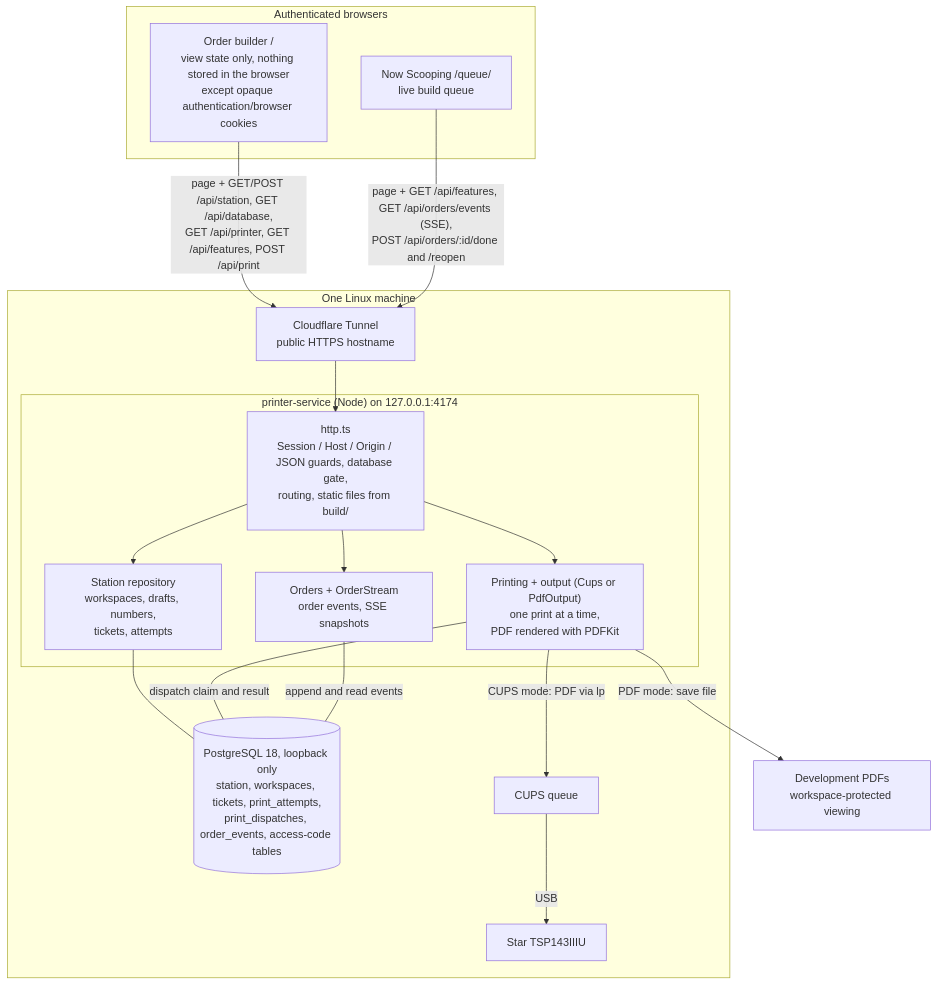
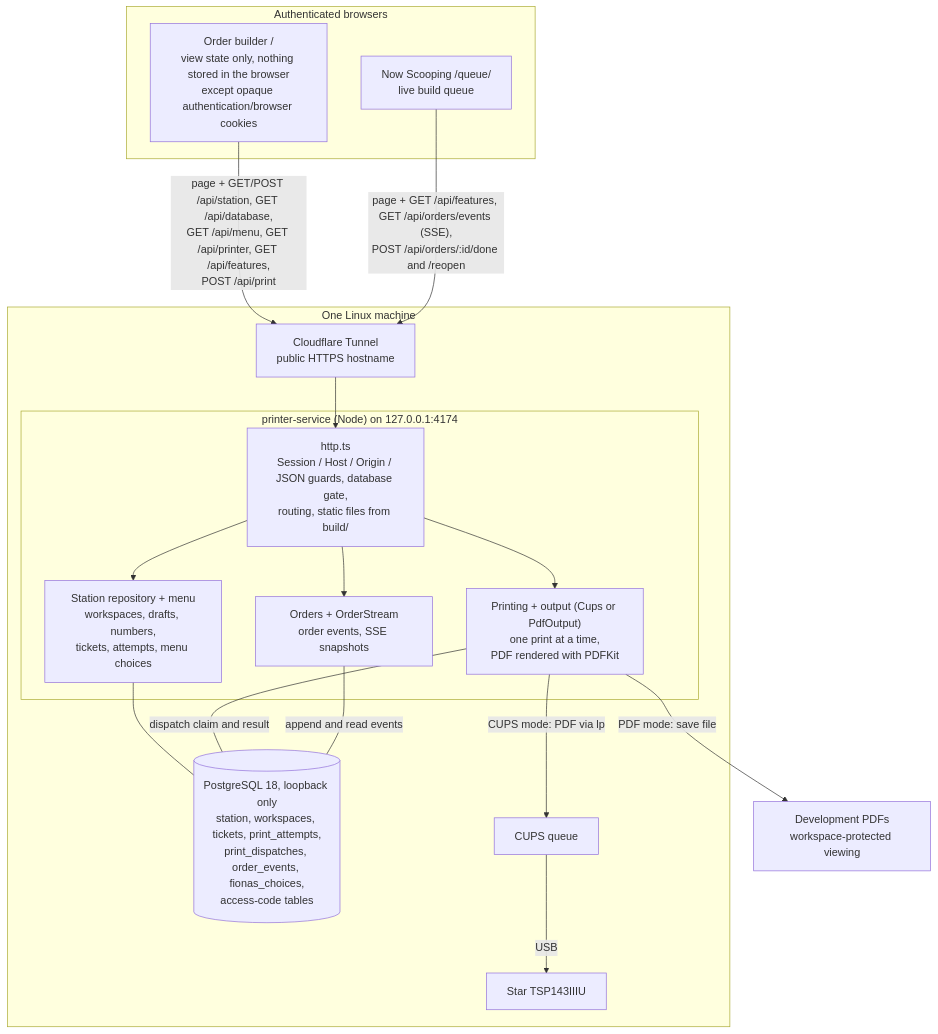
The first of 2 diagrams in README.md (castab/event-order-pad), drawn with Mermaid before and after one commit. The commit also changed other lines of this file and 39 other files, not shown here.

First line of the commit message:
Move the menu into Postgres and edit it from the tailnet admin page (#20)

````diff
--- a/README.md
+++ b/README.md
@@ -11,32 +11,32 @@
 ```mermaid
 flowchart TB
   subgraph Devices["Authenticated browsers"]
     B["Order builder /<br/>view state only, nothing stored in the browser<br/>except opaque authentication/browser cookies"]
     Q["Now Scooping /queue/<br/>live build queue"]
   end
   subgraph Host["One Linux machine"]
     TS["Cloudflare Tunnel<br/>public HTTPS hostname"]
     subgraph Svc["printer-service (Node) on 127.0.0.1:4174"]
       H["http.ts<br/>Session / Host / Origin / JSON guards, database gate,<br/>routing, static files from build/"]
-      SR["Station repository<br/>workspaces, drafts, numbers,<br/>tickets, attempts"]
+      SR["Station repository + menu<br/>workspaces, drafts, numbers,<br/>tickets, attempts, menu choices"]
       PR["Printing + output (Cups or PdfOutput)<br/>one print at a time,<br/>PDF rendered with PDFKit"]
       OR["Orders + OrderStream<br/>order events, SSE snapshots"]
     end
-    DB[("PostgreSQL 18, loopback only<br/>station, workspaces, tickets, print_attempts,<br/>print_dispatches, order_events, access-code tables")]
+    DB[("PostgreSQL 18, loopback only<br/>station, workspaces, tickets, print_attempts,<br/>print_dispatches, order_events, fionas_choices,<br/>access-code tables")]
     C["CUPS queue"]
     P["Star TSP143IIIU"]
   end
-  B -- "page + GET/POST /api/station, GET /api/database,<br/>GET /api/printer, GET /api/features, POST /api/print" --> TS
+  B -- "page + GET/POST /api/station, GET /api/database,<br/>GET /api/menu, GET /api/printer, GET /api/features,<br/>POST /api/print" --> TS
   Q -- "page + GET /api/features, GET /api/orders/events (SSE),<br/>POST /api/orders/:id/done and /reopen" --> TS
   TS --> H
   H --> SR
   H --> PR
   H --> OR
   SR --- DB
   PR -- "dispatch claim and result" --- DB
   OR -- "append and read events" --- DB
   F["Development PDFs<br/>workspace-protected viewing"]
   PR -- "PDF mode: save file" --> F
   PR -- "CUPS mode: PDF via lp" --> C
   C -- USB --> P
 ```
````
